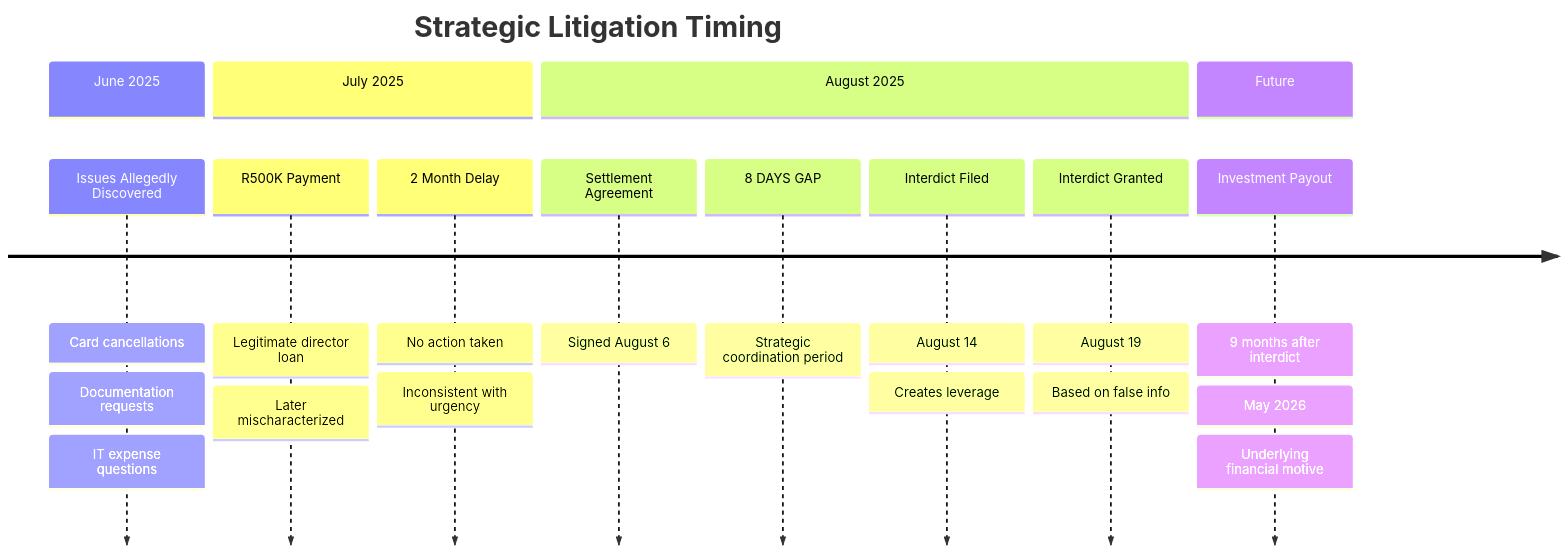
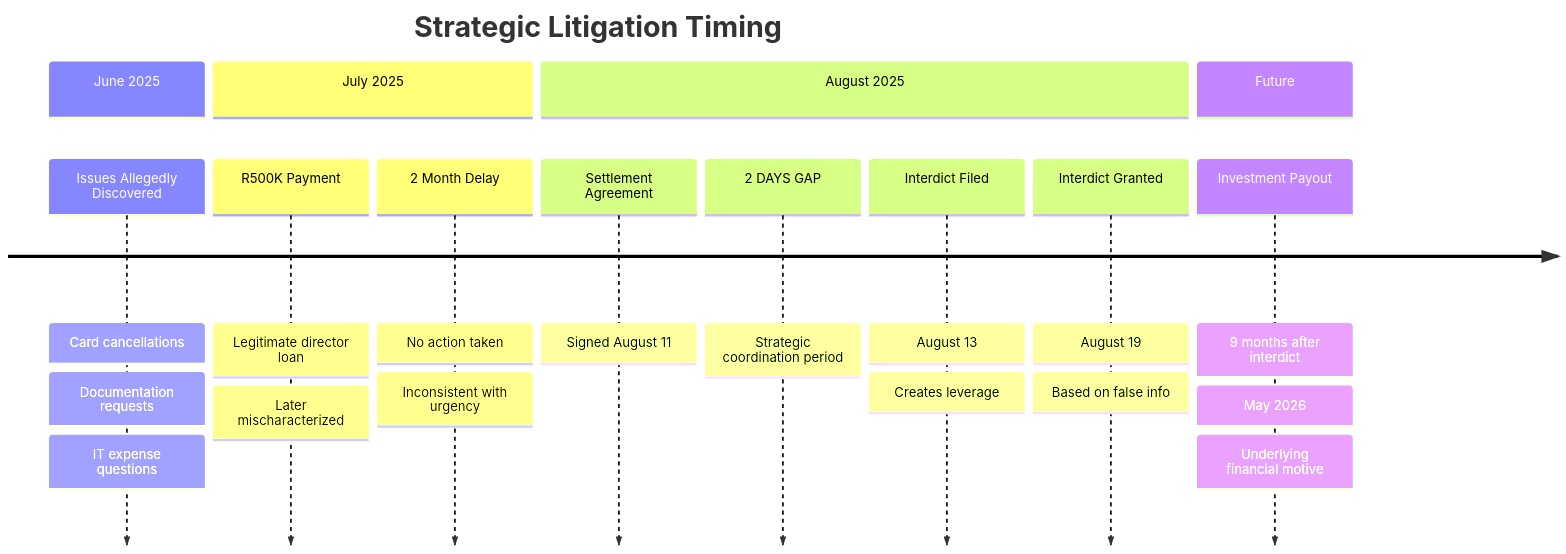
The sixth of 9 diagrams in affidavit_work/analysis/TIMELINE_VISUAL_DIAGRAM.md (cogpy/ad-res-j7), drawn with Mermaid before and after one commit. The commit also changed other lines of this file and 5 other files, not shown here.

Commit message:
Fix critical date inaccuracies in timeline analysis (8 days → 2 days, 65 days → 64 days)

````diff
--- a/affidavit_work/analysis/TIMELINE_VISUAL_DIAGRAM.md
+++ b/affidavit_work/analysis/TIMELINE_VISUAL_DIAGRAM.md
@@ -252,32 +252,32 @@
 ```mermaid
 timeline
     title Strategic Litigation Timing
     
     section June 2025
         Issues Allegedly Discovered : Card cancellations
                                    : Documentation requests
                                    : IT expense questions
     
     section July 2025
         R500K Payment : Legitimate director loan
                      : Later mischaracterized
         
         2 Month Delay : No action taken
                      : Inconsistent with urgency
     
     section August 2025
-        Settlement Agreement : Signed August 6
+        Settlement Agreement : Signed August 11
         
-        8 DAYS GAP : Strategic coordination period
+        2 DAYS GAP : Strategic coordination period
         
-        Interdict Filed : August 14
+        Interdict Filed : August 13
                        : Creates leverage
         
         Interdict Granted : August 19
                          : Based on false info
     
     section Future
         Investment Payout : 9 months after interdict
                          : May 2026
                          : Underlying financial motive
 ```
````
